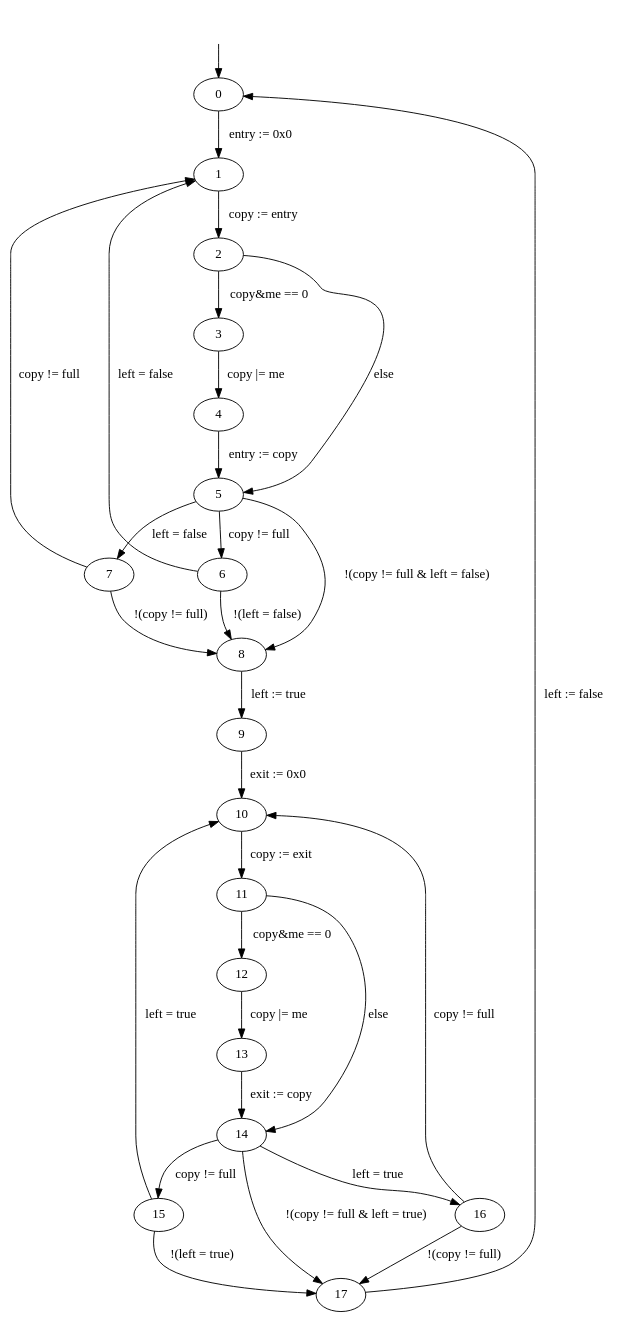
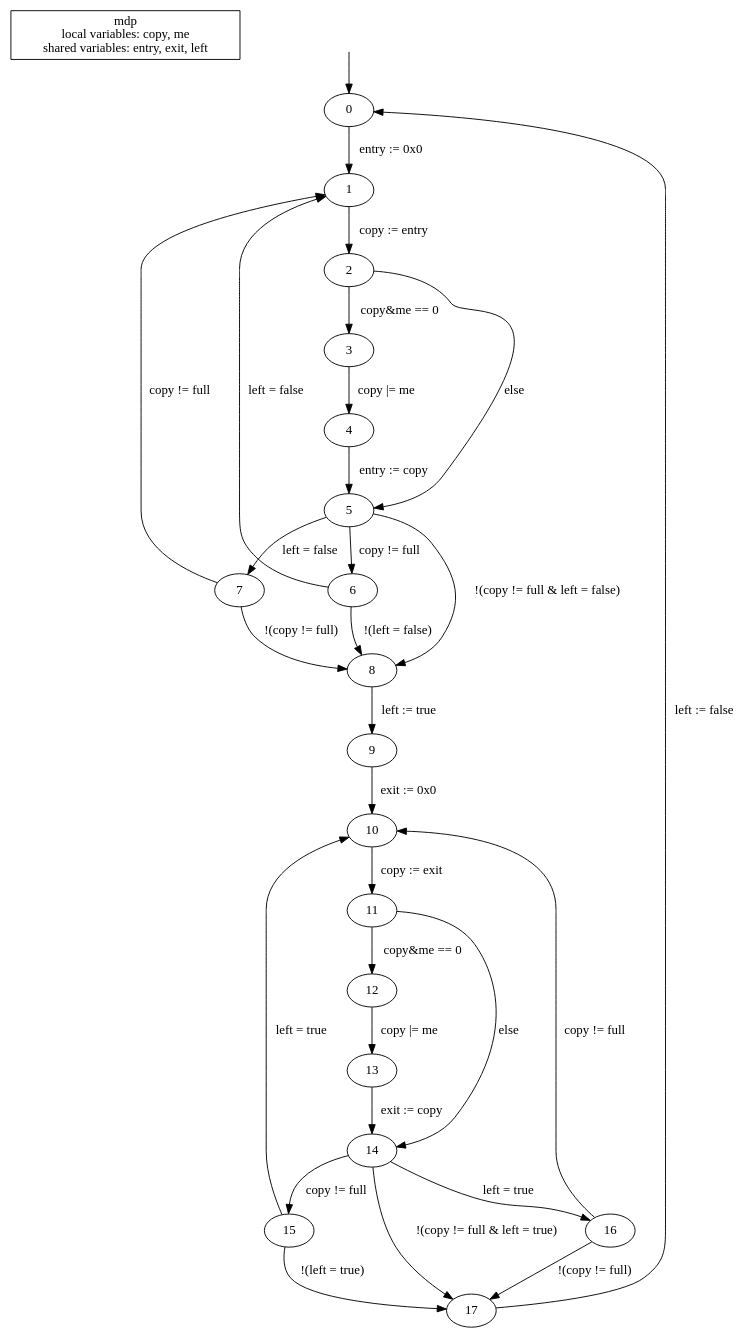
Before and after one commit to hydroo/minor-thesis-barriers: the diagram in barrier-attempt/model-01/model.dot, drawn with Graphviz.

Commit message:
mini beautification of the dot file

```diff
--- a/barrier-attempt/model-01/model.dot
+++ b/barrier-attempt/model-01/model.dot
@@ -1,40 +1,42 @@
 digraph {
 
+	"mdp\nlocal variables: copy, me\nshared variables: entry, exit, left" [nojustify=true, shape=box]
+	
 	initial_state_source [style=invis]
 	initial_state_source -> "0"
 
 	"0"  -> "1"  [weight=10, label="entry := 0x0"]
 	"1"  -> "2"  [weight=10, label="copy := entry"]
 
 	"2"  -> "3"  [weight=10, label="copy&me == 0"]
 	"3"  -> "4"  [weight=10, label="copy |= me"]
 	"4"  -> "5"  [weight=10, label="entry := copy"]
 	"2"  -> "5"  [label="else"]
 
 	"5"  -> "6"  [label="copy != full"]
 	"5"  -> "7"  [label="left = false"]
 	"5"  -> "8"  [label="!(copy != full & left = false)"]
 	"6"  -> "1"  [label="left = false"]
 	"6"  -> "8"  [label="!(left = false)"]
 	"7"  -> "1"  [label="copy != full"]
 	"7"  -> "8"  [label="!(copy != full)"]
 
 	"8"  -> "9"  [weight=10, label="left := true"]
 	"9"  -> "10" [weight=10, label="exit := 0x0"]
 
 	"10" -> "11" [weight=10, label="copy := exit"]
 	"11" -> "12" [weight=10, label="copy&me == 0"]
 	"12" -> "13" [weight=10, label="copy |= me"]
 	"13" -> "14" [weight=10, label="exit := copy"]
 	"11" -> "14" [label="else"]
 
 	"14" -> "15" [label="copy != full"]
 	"14" -> "16" [label="left = true"]
 	"14" -> "17" [label="!(copy != full & left = true)"]
 	"15" -> "10" [label="left = true"]
 	"15" -> "17" [label="!(left = true)"]
 	"16" -> "10" [label="copy != full"]
 	"16" -> "17" [label="!(copy != full)"]
 
 	"17" -> "0"  [label="left := false"]
 }
```
